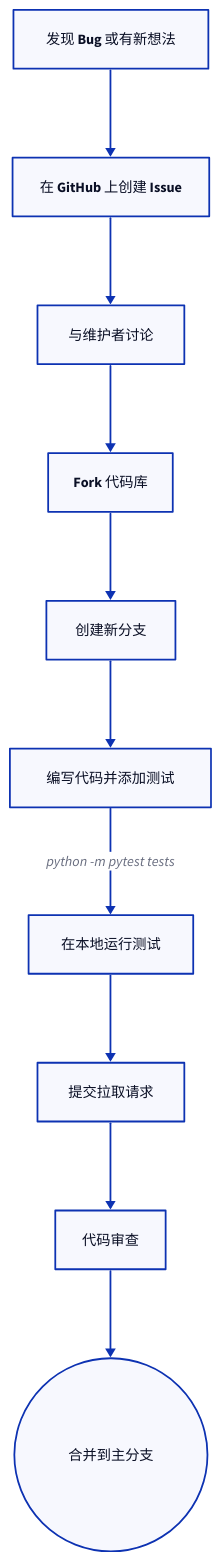
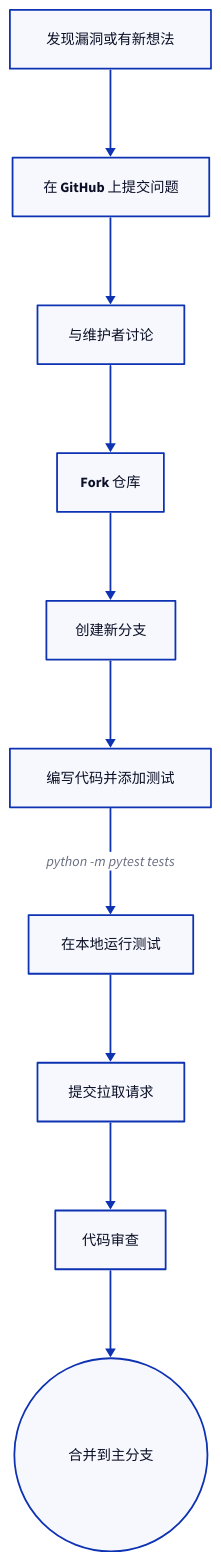
Before and after one commit to lban2049/requests: the diagram in .aigne/doc-smith/docs/community.zh.md, drawn with D2. The commit also changed other lines of this file and 31 other files, not shown here.

````diff
--- a/.aigne/doc-smith/docs/community.zh.md
+++ b/.aigne/doc-smith/docs/community.zh.md
@@ -20,26 +20,26 @@
 ```d2
 direction: down
 
-find_issue: "发现 Bug 或有新想法"
-open_issue: "在 GitHub 上创建 Issue"
+find_issue: "发现漏洞或有新想法"
+open_issue: "在 GitHub 上提交问题"
 discuss: "与维护者讨论"
-fork: "Fork 代码库"
+fork: "Fork 仓库"
 branch: "创建新分支"
 code: "编写代码并添加测试"
-run_tests: "在本地运行测试" 
+run_tests: "在本地运行测试"
 pr: "提交拉取请求"
 review: "代码审查"
-merge: "合并到主分支" { 
-  shape: circle 
+merge: "合并到主分支" {
+  shape: circle
 }
 
 find_issue -> open_issue
 open_issue -> discuss
 discuss -> fork
 fork -> branch
 branch -> code
 code -> run_tests: "python -m pytest tests"
 run_tests -> pr
 pr -> review
 review -> merge
 ```
````
